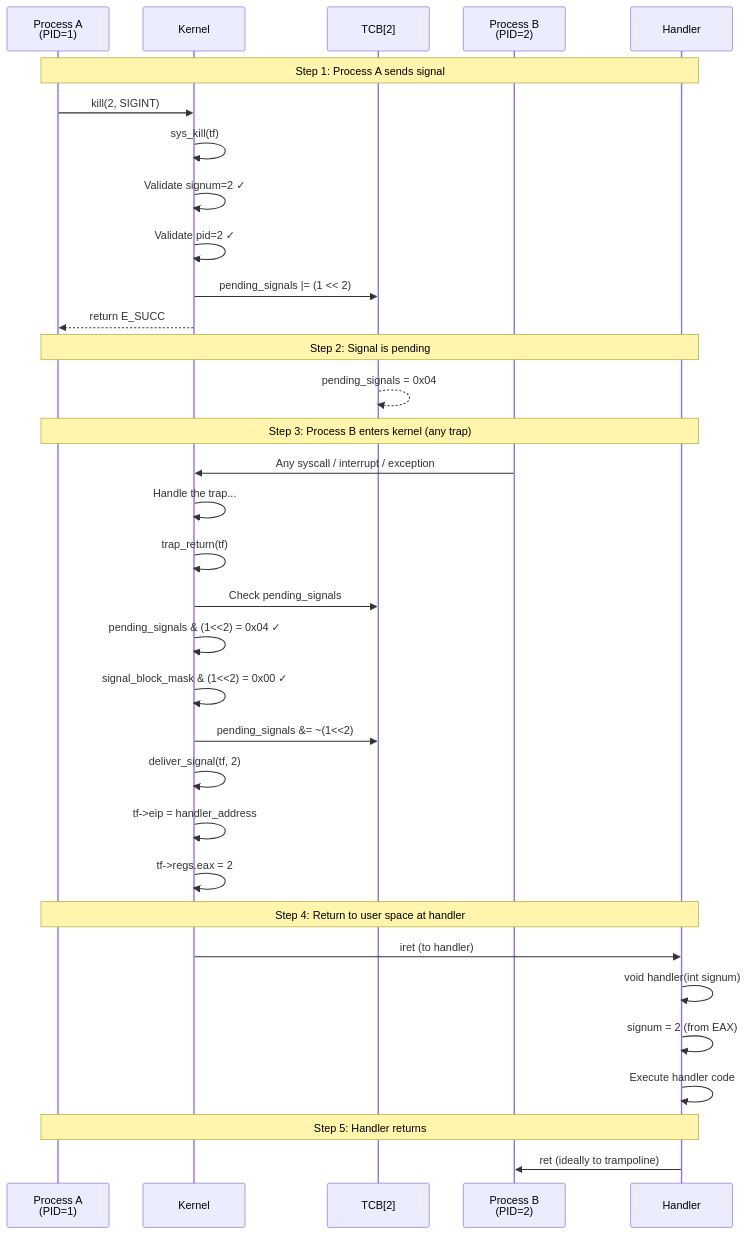
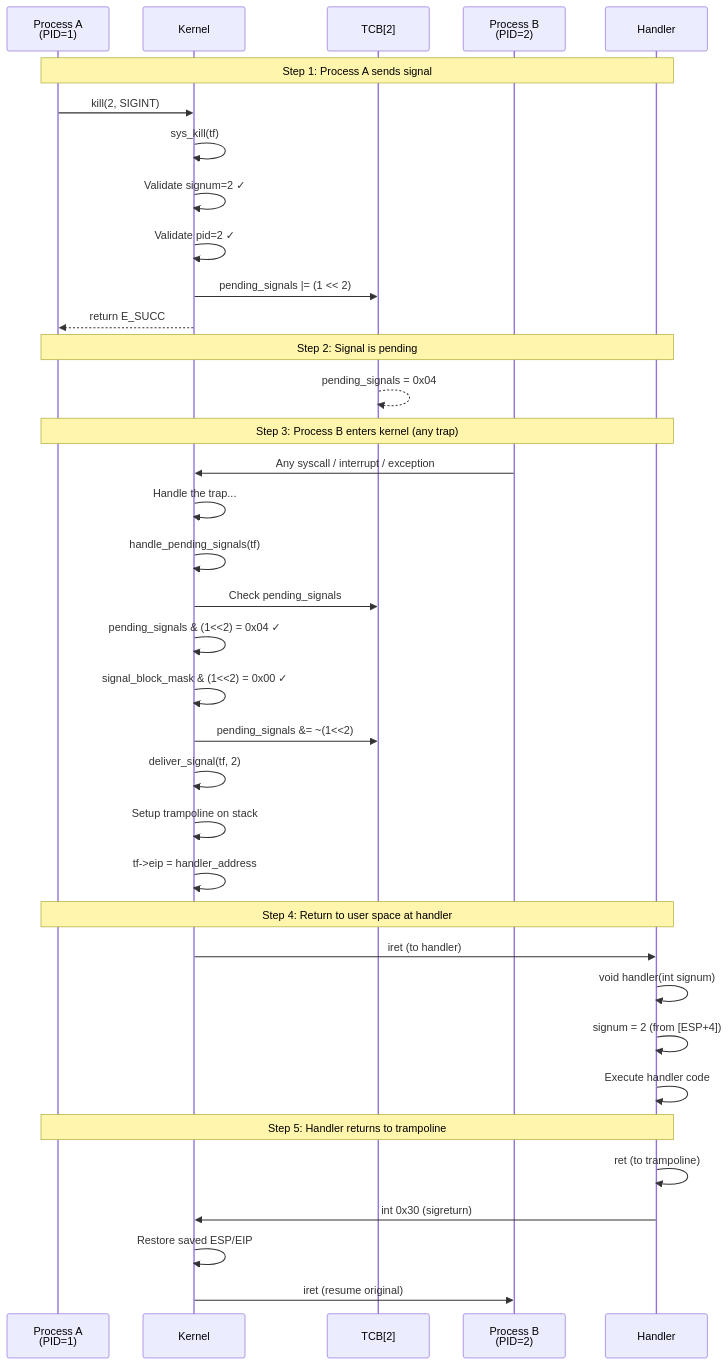
The eighth of 8 diagrams in docs/03_signal_delivery.md (SillyCatto/OS_Project-Signal), drawn with Mermaid before and after one commit. The commit also changed other lines of this file and 9 other files, not shown here.

````diff
--- a/docs/03_signal_delivery.md
+++ b/docs/03_signal_delivery.md
@@ -398,40 +440,43 @@
 ```mermaid
 sequenceDiagram
     participant PA as Process A<br/>(PID=1)
     participant K as Kernel
     participant TCB2 as TCB[2]
     participant PB as Process B<br/>(PID=2)
     participant H as Handler
 
     Note over PA,H: Step 1: Process A sends signal
     PA->>K: kill(2, SIGINT)
     K->>K: sys_kill(tf)
     K->>K: Validate signum=2 ✓
     K->>K: Validate pid=2 ✓
     K->>TCB2: pending_signals |= (1 << 2)
     K-->>PA: return E_SUCC
 
     Note over PA,H: Step 2: Signal is pending
     TCB2-->>TCB2: pending_signals = 0x04
 
     Note over PA,H: Step 3: Process B enters kernel (any trap)
     PB->>K: Any syscall / interrupt / exception
     K->>K: Handle the trap...
-    K->>K: trap_return(tf)
+    K->>K: handle_pending_signals(tf)
     K->>TCB2: Check pending_signals
     K->>K: pending_signals & (1<<2) = 0x04 ✓
     K->>K: signal_block_mask & (1<<2) = 0x00 ✓
     K->>TCB2: pending_signals &= ~(1<<2)
     K->>K: deliver_signal(tf, 2)
+    K->>K: Setup trampoline on stack
     K->>K: tf->eip = handler_address
-    K->>K: tf->regs.eax = 2
 
     Note over PA,H: Step 4: Return to user space at handler
     K->>H: iret (to handler)
     H->>H: void handler(int signum)
-    H->>H: signum = 2 (from EAX)
+    H->>H: signum = 2 (from [ESP+4])
     H->>H: Execute handler code
 
-    Note over PA,H: Step 5: Handler returns
-    H->>PB: ret (ideally to trampoline)
+    Note over PA,H: Step 5: Handler returns to trampoline
+    H->>H: ret (to trampoline)
+    H->>K: int 0x30 (sigreturn)
+    K->>K: Restore saved ESP/EIP
+    K->>PB: iret (resume original)
 ```
````
